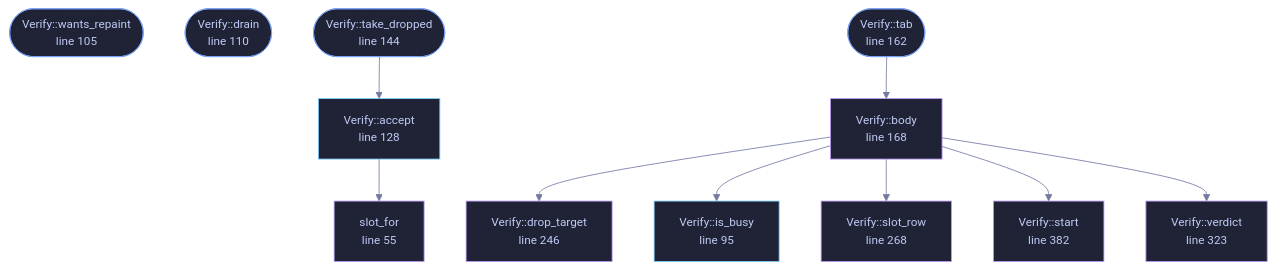
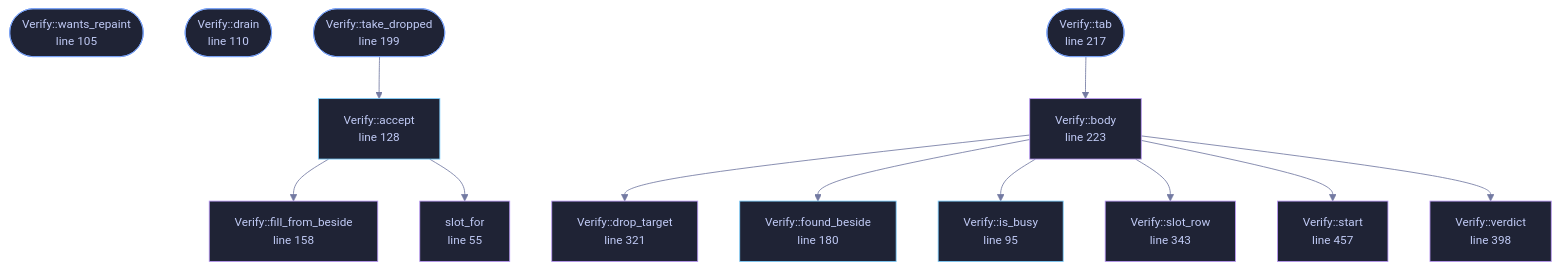
One commit to tilas01/veilvoice changed the diagram in docs/files/veilvoice-gui/verify.md. Above: the diagram before and after it, drawn with Mermaid. The commit also changed other lines of this file and 56 other files, not shown here.

````diff
--- a/docs/files/veilvoice-gui/verify.md
+++ b/docs/files/veilvoice-gui/verify.md
@@ -92,42 +92,48 @@
 ```mermaid
 %%{init: {"theme":"base","themeVariables":{"background":"#1a1b26","primaryColor":"#1f2335","primaryTextColor":"#c0caf5","primaryBorderColor":"#7aa2f7","secondaryColor":"#16161e","tertiaryColor":"#16161e","lineColor":"#737aa2","textColor":"#c0caf5","mainBkg":"#1f2335","nodeBorder":"#7aa2f7","clusterBkg":"#16161e","clusterBorder":"#2f3549","fontFamily":"ui-monospace, SFMono-Regular, Consolas, monospace","fontSize":"14px"}}}%%
 flowchart TD
     n_slot_for["slot_for<br/>line 55"]
     n_is_busy["Verify::is_busy<br/>line 95"]
     n_wants_repaint(["Verify::wants_repaint<br/>line 105"])
     n_drain(["Verify::drain<br/>line 110"])
     n_accept["Verify::accept<br/>line 128"]
-    n_take_dropped(["Verify::take_dropped<br/>line 144"])
-    n_tab(["Verify::tab<br/>line 162"])
-    n_body["Verify::body<br/>line 168"]
-    n_drop_target["Verify::drop_target<br/>line 246"]
-    n_slot_row["Verify::slot_row<br/>line 268"]
-    n_verdict["Verify::verdict<br/>line 323"]
-    n_start["Verify::start<br/>line 382"]
+    n_fill_from_beside["Verify::fill_from_beside<br/>line 158"]
+    n_found_beside["Verify::found_beside<br/>line 180"]
+    n_take_dropped(["Verify::take_dropped<br/>line 199"])
+    n_tab(["Verify::tab<br/>line 217"])
+    n_body["Verify::body<br/>line 223"]
+    n_drop_target["Verify::drop_target<br/>line 321"]
+    n_slot_row["Verify::slot_row<br/>line 343"]
+    n_verdict["Verify::verdict<br/>line 398"]
+    n_start["Verify::start<br/>line 457"]
+    n_accept --> n_fill_from_beside
     n_accept --> n_slot_for
     n_body --> n_drop_target
+    n_body --> n_found_beside
     n_body --> n_is_busy
     n_body --> n_slot_row
     n_body --> n_start
     n_body --> n_verdict
     n_tab --> n_body
     n_take_dropped --> n_accept
     click n_slot_for href "https://github.com/tilas01/veilvoice/blob/main/crates/veilvoice-gui/src/verify.rs#L55" "open the source"
     click n_is_busy href "https://github.com/tilas01/veilvoice/blob/main/crates/veilvoice-gui/src/verify.rs#L95" "open the source"
     click n_wants_repaint href "https://github.com/tilas01/veilvoice/blob/main/crates/veilvoice-gui/src/verify.rs#L105" "open the source"
     click n_drain href "https://github.com/tilas01/veilvoice/blob/main/crates/veilvoice-gui/src/verify.rs#L110" "open the source"
     click n_accept href "https://github.com/tilas01/veilvoice/blob/main/crates/veilvoice-gui/src/verify.rs#L128" "open the source"
-    click n_take_dropped href "https://github.com/tilas01/veilvoice/blob/main/crates/veilvoice-gui/src/verify.rs#L144" "open the source"
-    click n_tab href "https://github.com/tilas01/veilvoice/blob/main/crates/veilvoice-gui/src/verify.rs#L162" "open the source"
-    click n_body href "https://github.com/tilas01/veilvoice/blob/main/crates/veilvoice-gui/src/verify.rs#L168" "open the source"
-    click n_drop_target href "https://github.com/tilas01/veilvoice/blob/main/crates/veilvoice-gui/src/verify.rs#L246" "open the source"
-    click n_slot_row href "https://github.com/tilas01/veilvoice/blob/main/crates/veilvoice-gui/src/verify.rs#L268" "open the source"
-    click n_verdict href "https://github.com/tilas01/veilvoice/blob/main/crates/veilvoice-gui/src/verify.rs#L323" "open the source"
-    click n_start href "https://github.com/tilas01/veilvoice/blob/main/crates/veilvoice-gui/src/verify.rs#L382" "open the source"
+    click n_fill_from_beside href "https://github.com/tilas01/veilvoice/blob/main/crates/veilvoice-gui/src/verify.rs#L158" "open the source"
+    click n_found_beside href "https://github.com/tilas01/veilvoice/blob/main/crates/veilvoice-gui/src/verify.rs#L180" "open the source"
+    click n_take_dropped href "https://github.com/tilas01/veilvoice/blob/main/crates/veilvoice-gui/src/verify.rs#L199" "open the source"
+    click n_tab href "https://github.com/tilas01/veilvoice/blob/main/crates/veilvoice-gui/src/verify.rs#L217" "open the source"
+    click n_body href "https://github.com/tilas01/veilvoice/blob/main/crates/veilvoice-gui/src/verify.rs#L223" "open the source"
+    click n_drop_target href "https://github.com/tilas01/veilvoice/blob/main/crates/veilvoice-gui/src/verify.rs#L321" "open the source"
+    click n_slot_row href "https://github.com/tilas01/veilvoice/blob/main/crates/veilvoice-gui/src/verify.rs#L343" "open the source"
+    click n_verdict href "https://github.com/tilas01/veilvoice/blob/main/crates/veilvoice-gui/src/verify.rs#L398" "open the source"
+    click n_start href "https://github.com/tilas01/veilvoice/blob/main/crates/veilvoice-gui/src/verify.rs#L457" "open the source"
     classDef entry fill:#1f2335,stroke:#7aa2f7,color:#c0caf5
     class n_wants_repaint,n_drain,n_take_dropped,n_tab entry
     classDef api fill:#1f2335,stroke:#7dcfff,color:#c0caf5
-    class n_is_busy,n_accept api
+    class n_is_busy,n_accept,n_found_beside api
     classDef helper fill:#1f2335,stroke:#bb9af7,color:#c0caf5
-    class n_slot_for,n_body,n_drop_target,n_slot_row,n_verdict,n_start helper
+    class n_slot_for,n_fill_from_beside,n_body,n_drop_target,n_slot_row,n_verdict,n_start helper
 ```
````
